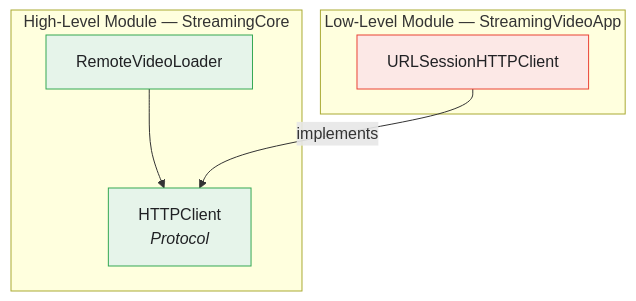
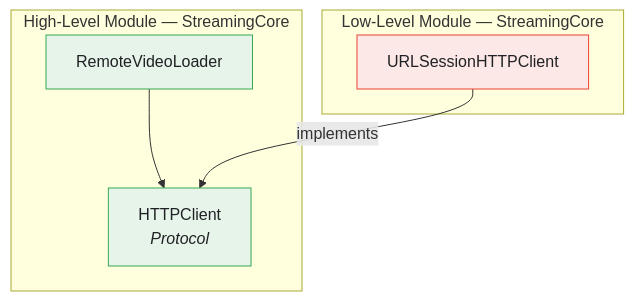
Before and after one commit to tattva20/StreamingVideoApp: the second of 2 diagrams in docs/HTTP-CLIENT.md, drawn with Mermaid. The commit also changed 20 other files, not shown here.

First line of the commit message:
Refresh docs to match current architecture

````diff
--- a/docs/HTTP-CLIENT.md
+++ b/docs/HTTP-CLIENT.md
@@ -324,17 +324,17 @@
 ```mermaid
 flowchart TB
     classDef core fill:#e6f4ea,stroke:#34a853,color:#202124;
     classDef impure fill:#fce8e6,stroke:#ea4335,color:#202124;
     subgraph high["High-Level Module — StreamingCore"]
         loader["RemoteVideoLoader"]
         protocol["HTTPClient<br/><i>Protocol</i>"]
         loader --> protocol
     end
-    subgraph low["Low-Level Module — StreamingVideoApp"]
+    subgraph low["Low-Level Module — StreamingCore"]
         impl["URLSessionHTTPClient"]
     end
     impl -->|implements| protocol
     class loader core
     class protocol core
     class impl impure
 ```
````
